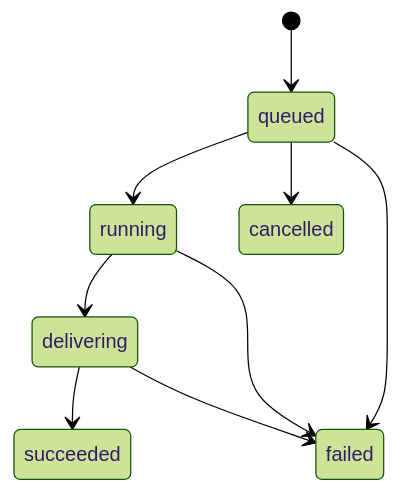
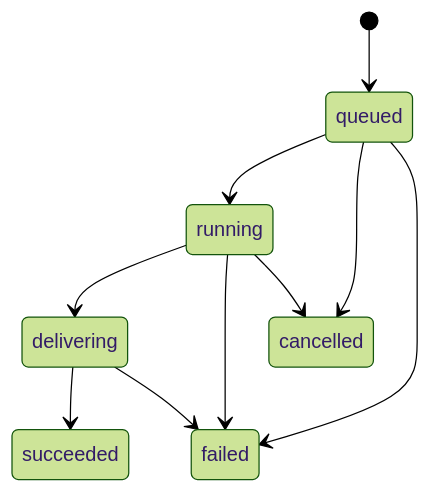
One commit to yir-ai/docs changed the diagram in docs/concepts/task-lifecycle.mdx. Above: the diagram before and after it, drawn with Mermaid (forest theme). The commit also changed other lines of this file and 9 other files, not shown here.

````diff
--- a/docs/concepts/task-lifecycle.mdx
+++ b/docs/concepts/task-lifecycle.mdx
@@ -19,11 +19,12 @@
 ```mermaid
 stateDiagram-v2
   [*] --> queued
   queued --> running
   queued --> cancelled
   queued --> failed
   running --> delivering
   running --> failed
+  running --> cancelled
   delivering --> succeeded
   delivering --> failed
 ```
````
